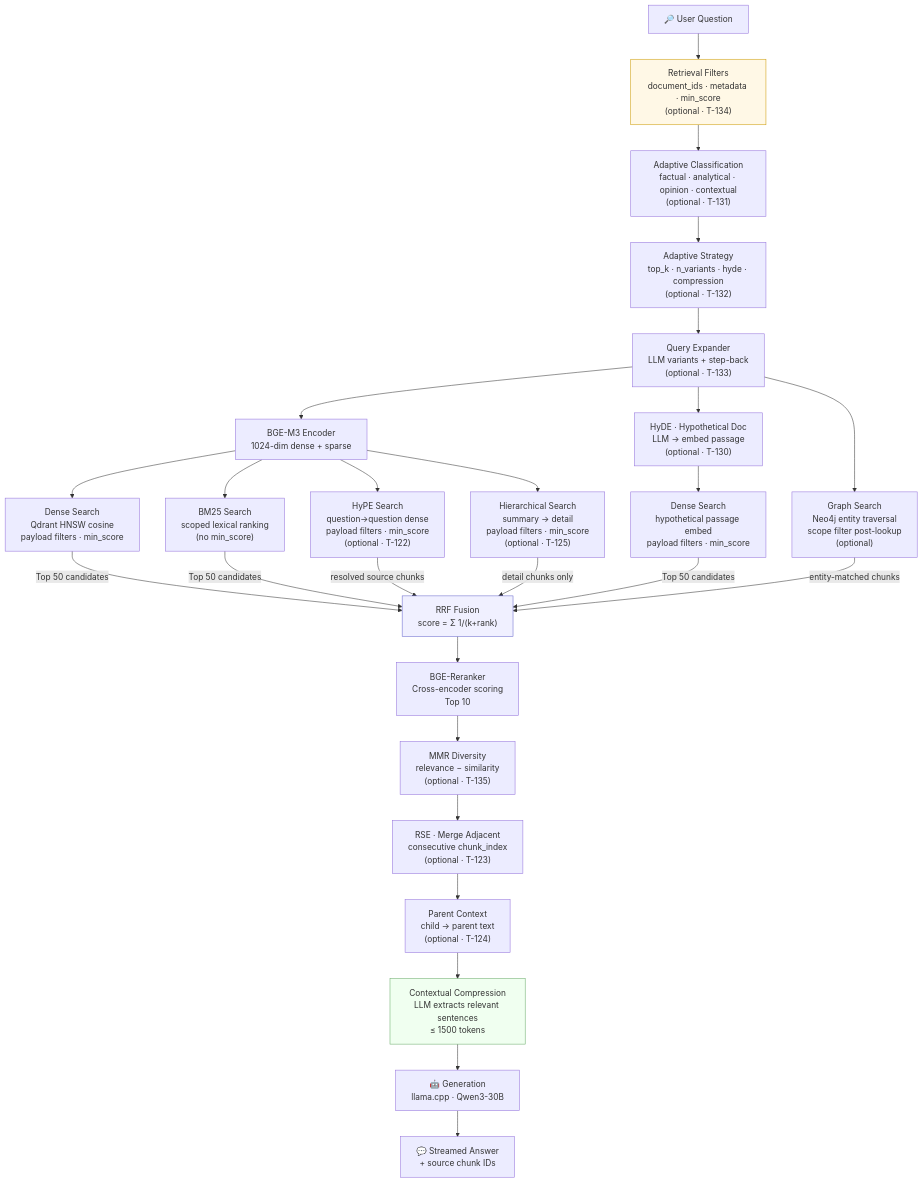
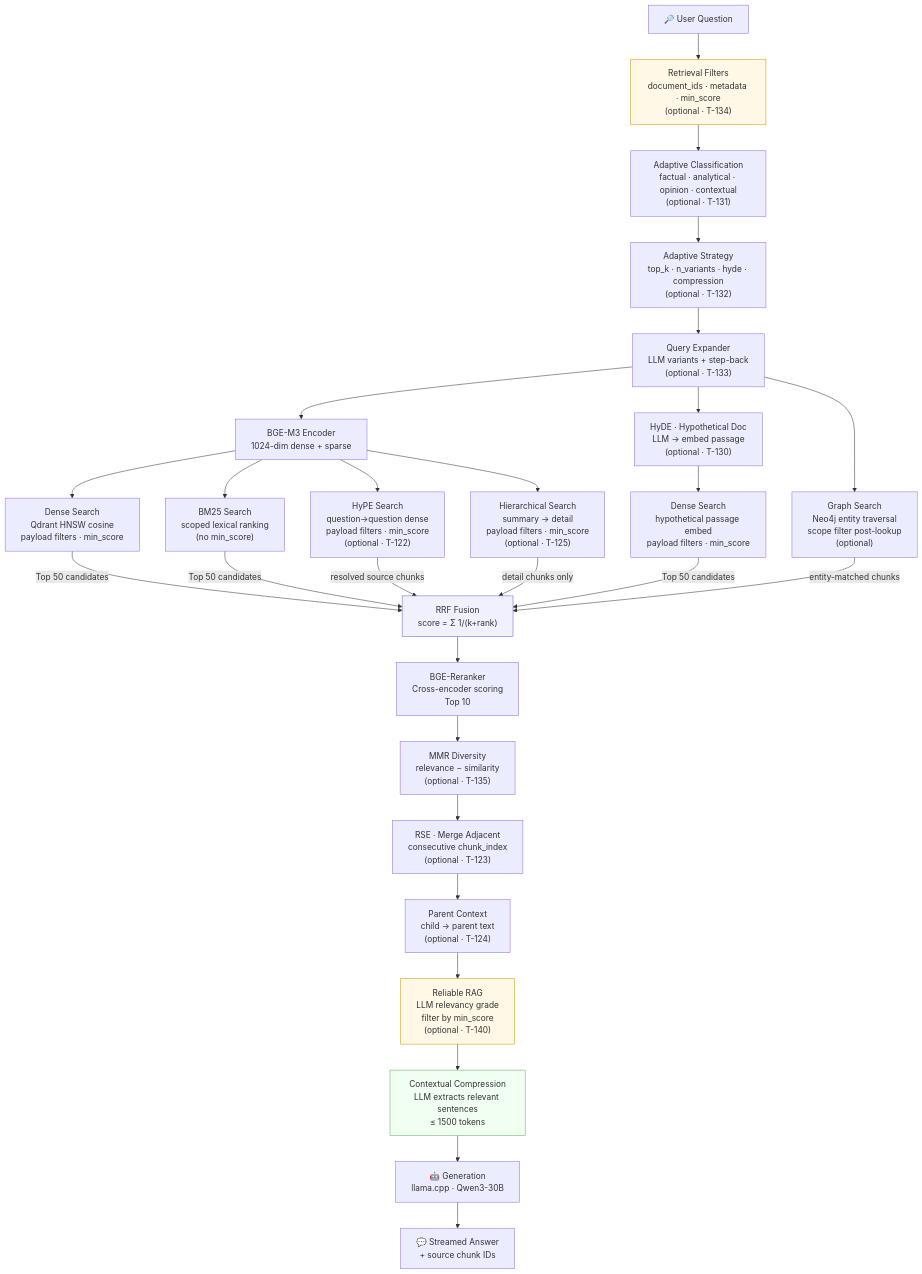
One commit to ealbertoav/rag_platform changed the seventh of 10 diagrams in README.md. Above: the diagram before and after it, drawn with Mermaid. The commit also changed other lines of this file and 10 other files, not shown here.

First line of the commit message:
feat: add Reliable RAG relevancy grading for improved chunk filtering

````diff
--- a/README.md
+++ b/README.md
@@ -1286,35 +1293,37 @@
 ```mermaid
 flowchart TD
     Q["🔎 User Question"] --> FILT["Retrieval Filters<br/>document_ids · metadata · min_score<br/>(optional · T-134)"]
     FILT --> ADAPT["Adaptive Classification<br/>factual · analytical · opinion · contextual<br/>(optional · T-131)"]
     ADAPT --> STRAT["Adaptive Strategy<br/>top_k · n_variants · hyde · compression<br/>(optional · T-132)"]
     STRAT --> QE["Query Expander<br/>LLM variants + step-back<br/>(optional · T-133)"]
     QE --> EMB["BGE-M3 Encoder<br/>1024-dim dense + sparse"]
     QE --> HYDE["HyDE · Hypothetical Doc<br/>LLM → embed passage<br/>(optional · T-130)"]
 
     EMB --> DS["Dense Search<br/>Qdrant HNSW cosine<br/>payload filters · min_score"]
     HYDE --> DS2["Dense Search<br/>hypothetical passage embed<br/>payload filters · min_score"]
     EMB --> BS["BM25 Search<br/>scoped lexical ranking<br/>(no min_score)"]
     EMB --> HS["HyPE Search<br/>question→question dense<br/>payload filters · min_score<br/>(optional · T-122)"]
     EMB --> HRS["Hierarchical Search<br/>summary → detail<br/>payload filters · min_score<br/>(optional · T-125)"]
     QE --> GS["Graph Search<br/>Neo4j entity traversal<br/>scope filter post-lookup<br/>(optional)"]
 
     DS -->|Top 50 candidates| RRF["RRF Fusion<br/>score = Σ 1/(k+rank)"]
     DS2 -->|Top 50 candidates| RRF
     BS -->|Top 50 candidates| RRF
     HS -->|resolved source chunks| RRF
     HRS -->|detail chunks only| RRF
     GS -->|entity-matched chunks| RRF
 
     RRF --> RR["BGE-Reranker<br/>Cross-encoder scoring<br/>Top 10"]
     RR --> MMR["MMR Diversity<br/>relevance − similarity<br/>(optional · T-135)"]
     MMR --> RSE["RSE · Merge Adjacent<br/>consecutive chunk_index<br/>(optional · T-123)"]
     RSE --> PC["Parent Context<br/>child → parent text<br/>(optional · T-124)"]
-    PC --> CTX["Contextual Compression<br/>LLM extracts relevant sentences<br/>≤ 1500 tokens"]
+    PC --> RRAG["Reliable RAG<br/>LLM relevancy grade<br/>filter by min_score<br/>(optional · T-140)"]
+    RRAG --> CTX["Contextual Compression<br/>LLM extracts relevant sentences<br/>≤ 1500 tokens"]
     CTX --> GEN["🤖 Generation<br/>llama.cpp · Qwen3-30B"]
     GEN --> ANS["💬 Streamed Answer<br/>+ source chunk IDs"]
 
     style FILT fill:#fff8e6,stroke:#cc9900
+    style RRAG fill:#fff8e6,stroke:#cc9900
     style RRF fill:#f0f0ff,stroke:#6666cc
     style CTX fill:#f0fff0,stroke:#66aa66
 ```
````
